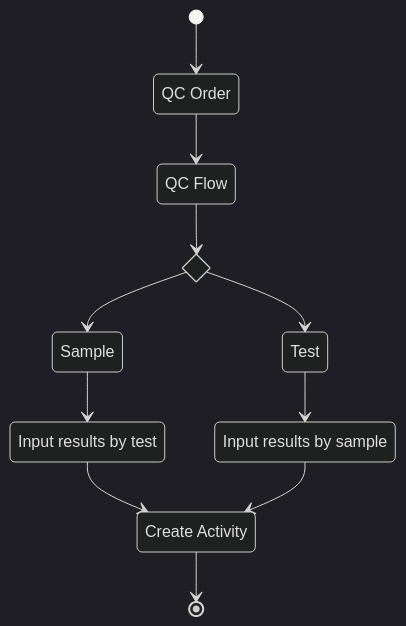
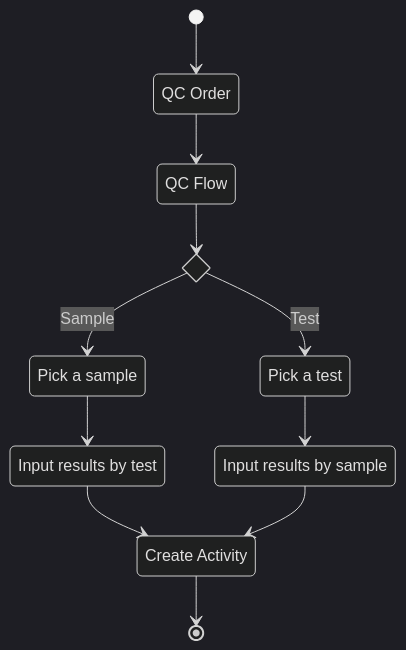
The diagram in docs/core_functions/inspection.md (theonewhowritesthedocs/lwms-docs), drawn with Mermaid (dark theme) before and after one commit.

Commit message:
Update flow diagram for Inspection

````diff
--- a/docs/core_functions/inspection.md
+++ b/docs/core_functions/inspection.md
@@ -15,23 +15,23 @@
 ```mermaid
 stateDiagram-v2
     state "QC Order" as qc_order
     state "QC Flow" as qc_flow
-    state "Sample" as sample
-    state "Test" as test
+    state "Pick a sample" as sample
+    state "Pick a test" as test
     state "Input results by test" as test_results
     state "Input results by sample" as sample_results
     state "Create Activity" as create_activity
 
     state select_qc_flow <<choice>>
 
     [*] --> qc_order
     qc_order --> qc_flow
     qc_flow --> select_qc_flow
-    select_qc_flow --> sample
-    select_qc_flow --> test
+    select_qc_flow --> sample: Sample
+    select_qc_flow --> test: Test
     sample --> test_results
     test --> sample_results
     test_results --> create_activity
     sample_results --> create_activity
     create_activity --> [*]
 ```
````
